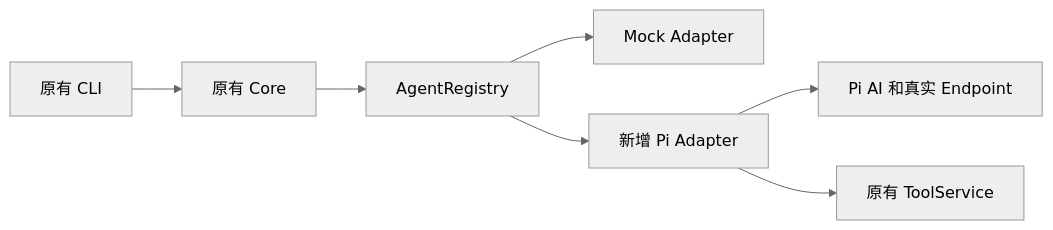
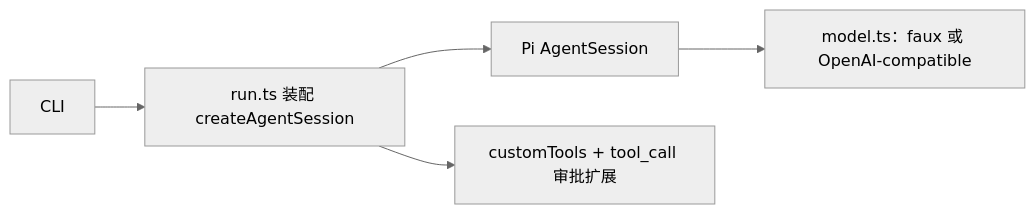
Before and after one commit to Yahacc/yagent: the third of 6 diagrams in docs/learning/01-roadmap.md, drawn with Mermaid (neutral theme). The commit also changed other lines of this file and 34 other files, not shown here.

First line of the commit message:
refactor: remove approval and tool service implementations; introduce new tool definitions and workspace management

````diff
--- a/docs/learning/01-roadmap.md
+++ b/docs/learning/01-roadmap.md
@@ -70,9 +76,7 @@
 ```mermaid
 flowchart LR
-  CLI[原有 CLI] --> Core[原有 Core]
-  Core --> Registry[AgentRegistry]
-  Registry --> Mock[Mock Adapter]
-  Registry --> Pi[新增 Pi Adapter]
-  Pi --> Model[Pi AI 和真实 Endpoint]
-  Pi --> Tools[原有 ToolService]
+  CLI[CLI] --> Run[run.ts 装配 createAgentSession]
+  Run --> Session[Pi AgentSession]
+  Session --> Model[model.ts：faux 或 OpenAI-compatible]
+  Run --> Tools[customTools + tool_call 审批扩展]
 ```
````
